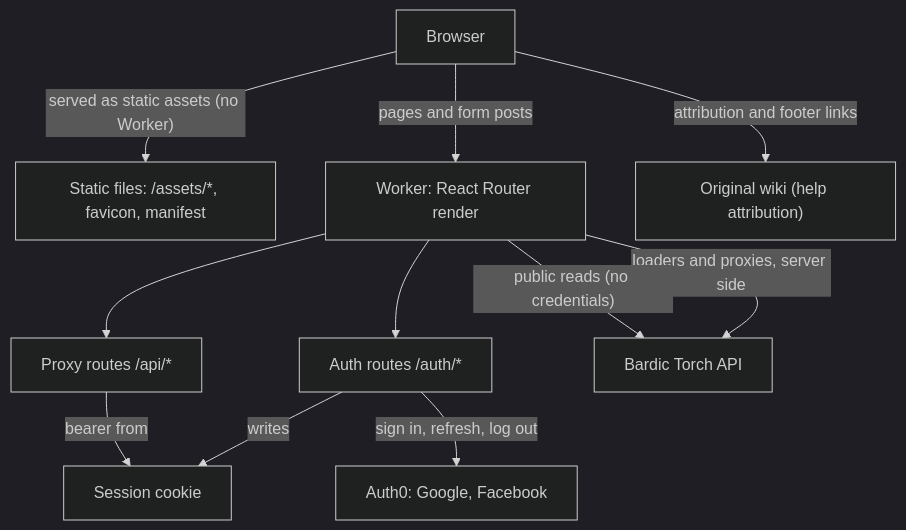
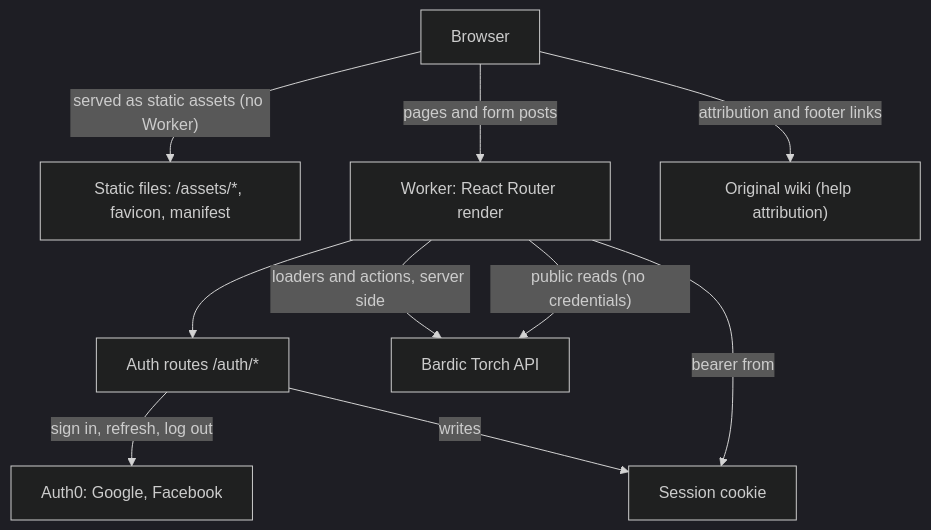
One commit to jbeshir/bardic-torch-fe changed the diagram in README.md. Above: the diagram before and after it, drawn with Mermaid (dark theme). The commit also changed other lines of this file and 37 other files, not shown here.

````diff
--- a/README.md
+++ b/README.md
@@ -65,23 +65,21 @@
 ```mermaid
 flowchart TD
     Browser["Browser"]
     Static["Static files: /assets/*, favicon, manifest"]
     Worker["Worker: React Router render"]
-    Proxy["Proxy routes /api/*"]
     Auth["Auth routes /auth/*"]
     Session["Session cookie"]
     Auth0["Auth0: Google, Facebook"]
     API["Bardic Torch API"]
     Wiki["Original wiki (help attribution)"]
 
     Browser -- "served as static assets (no Worker)" --> Static
     Browser -- "pages and form posts" --> Worker
-    Worker --> Proxy
     Worker --> Auth
     Auth -- "sign in, refresh, log out" --> Auth0
     Auth -- "writes" --> Session
-    Proxy -- "bearer from" --> Session
-    Worker -- "loaders and proxies, server side" --> API
+    Worker -- "bearer from" --> Session
+    Worker -- "loaders and actions, server side" --> API
     Worker -- "public reads (no credentials)" --> API
     Browser -- "attribution and footer links" --> Wiki
 ```
````
